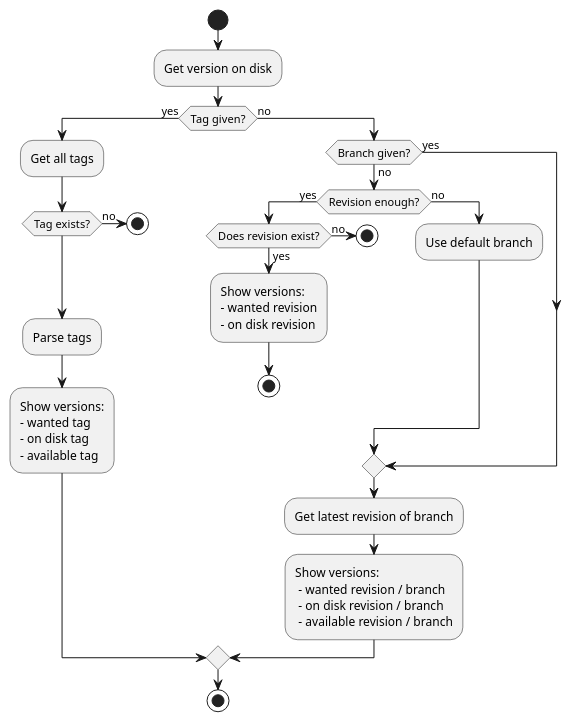
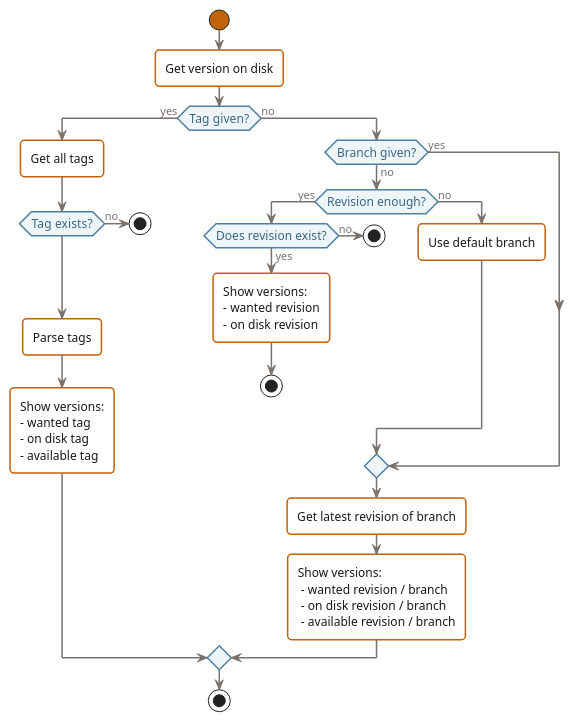
One commit to dfetch-org/dfetch changed the diagram in doc/static/uml/check.puml. Above: the diagram before and after it, drawn with PlantUML. The commit also changed 2 other files, not shown here.

Commit message:
Style flow diagrams to match the docs design system
check.puml / update.puml:
- Remove monochrome true and Frutiger font
- Activity nodes: white fill, amber (#c2620a) border, 1.5px, rounded corners
- Decision diamonds: mint tint (#eff6fa) fill, accent blue (#4e7fa0) border,
  accent-dark text (#3a6682)
- Arrows / labels: muted grey (#78716c)
- Start circle: amber; end circle: charcoal
- Partitions (update.puml): warm tint fill (#fef8f0), muted border (#e7e0d8),
  small bold uppercase label in muted grey
- Font: Arial (closest available to Inter in PlantUML)
- Background: transparent so body dot-grid shows through

custom.css:
- img[src*="plantweb"] rule: white card with border, rounded corners,
  box-shadow, and generous padding — matches the sd-card / admonition style

https://claude.ai/code/session_0183Tzu6McYvSDwoXDoRjEyN

```diff
--- a/doc/static/uml/check.puml
+++ b/doc/static/uml/check.puml
@@ -1,45 +1,65 @@
 @startuml
+skinparam defaultFontName Arial
+skinparam defaultFontSize 12
+skinparam defaultFontColor #1c1917
+skinparam shadowing false
+skinparam BackgroundColor transparent
+skinparam RoundCorner 8
+
+skinparam ActivityBackgroundColor #ffffff
+skinparam ActivityBorderColor #c2620a
+skinparam ActivityBorderThickness 1.5
+skinparam ActivityFontColor #1c1917
+skinparam ActivityFontSize 12
+skinparam ActivityFontName Arial
+skinparam ActivityArrowColor #78716c
+skinparam ActivityArrowFontColor #78716c
+skinparam ActivityArrowFontSize 11
+skinparam ActivityStartColor #c2620a
+skinparam ActivityEndColor #1c1917
+skinparam ActivityBarColor #c2620a
+skinparam ActivityDiamondBackgroundColor #eff6fa
+skinparam ActivityDiamondBorderColor #4e7fa0
+skinparam ActivityDiamondFontColor #3a6682
+
 start
-
-skinparam monochrome true
-skinparam defaultFontName Frutiger
 
 :Get version on disk;
 
 if (Tag given?) then (yes)
   :Get all tags;
   if (Tag exists?) then (no)
     stop
   endif
     :Parse tags;
     :Show versions:
     - wanted tag
     - on disk tag
     - available tag;
 else (no)
 
   if (Branch given?) then (no)
      if (Revision enough?) then (yes)
        if (Does revision exist?) then (no)
          stop
        else (yes)
          :Show versions:
          - wanted revision
          - on disk revision;
          stop
        endif
      else (no)
       :Use default branch;
      endif
   else (yes)
   endif
 
   :Get latest revision of branch;
   :Show versions:
    - wanted revision / branch
    - on disk revision / branch
    - available revision / branch;
 endif
 
 stop
 @enduml
```
